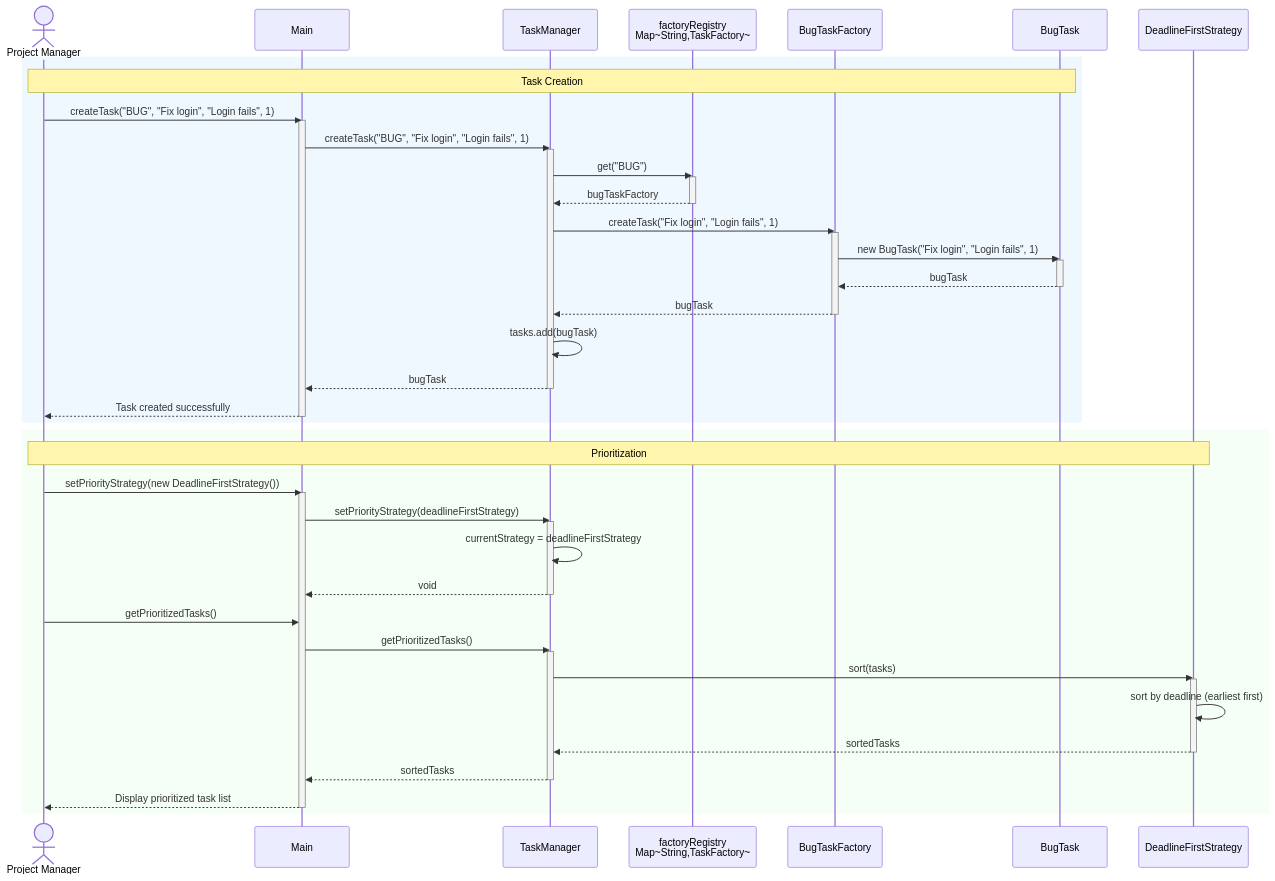
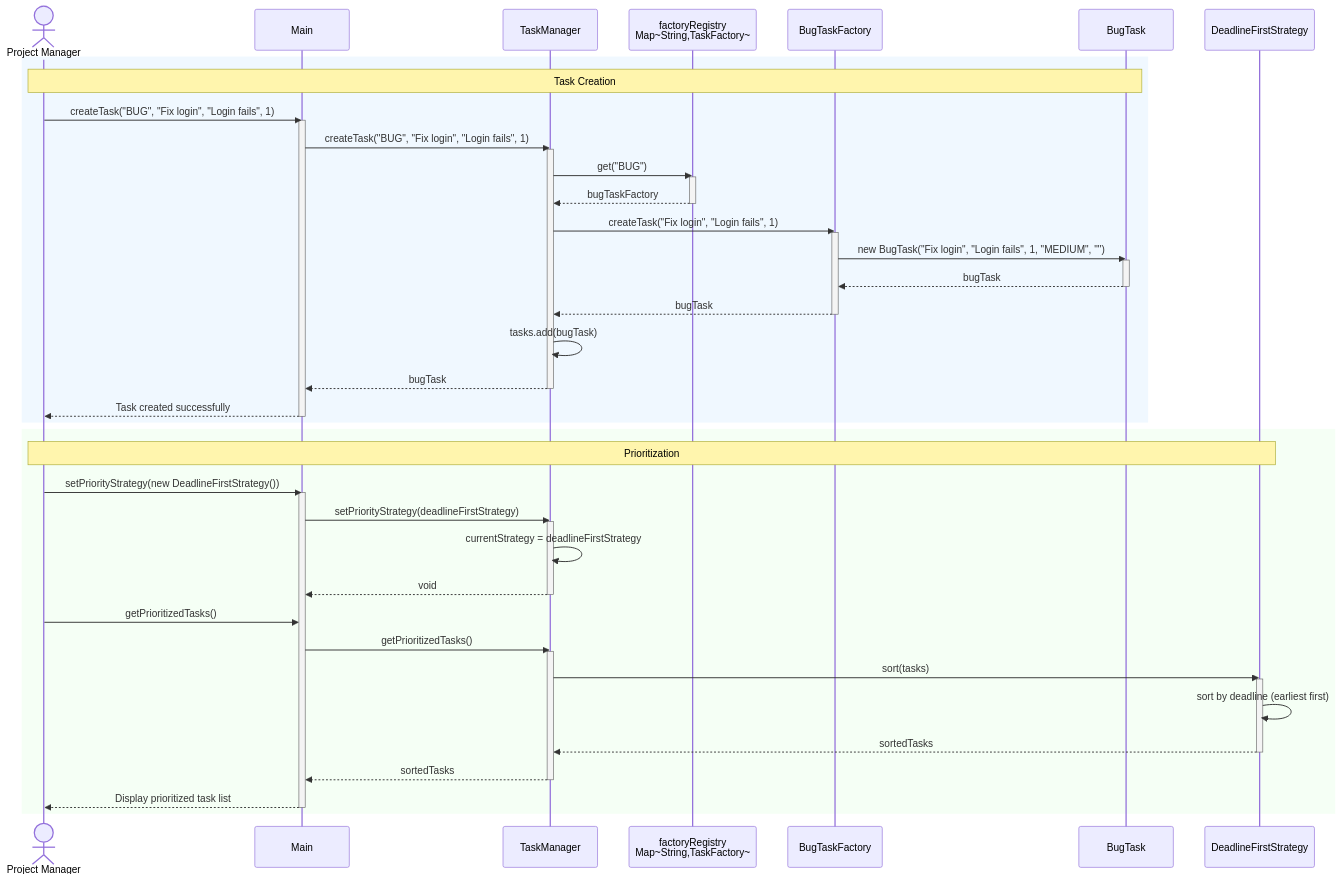
The second of 7 diagrams in docs/report/SEN3006_Task_Management_System_Report.md (Jendawy/software-architecture-project), drawn with Mermaid before and after one commit. The commit also changed 6 other files, not shown here.

First line of the commit message:
Fix documentation accuracy: update all references to 6 test sections, fix sequence diagram parameters

````diff
--- a/docs/report/SEN3006_Task_Management_System_Report.md
+++ b/docs/report/SEN3006_Task_Management_System_Report.md
@@ -328,59 +328,59 @@
 ```mermaid
 sequenceDiagram
     actor PM as Project Manager
     participant Main
     participant TM as TaskManager
     participant Registry as factoryRegistry<br/>Map~String,TaskFactory~
     participant BTF as BugTaskFactory
     participant BT as BugTask
     participant DFS as DeadlineFirstStrategy
 
     rect rgb(240, 248, 255)
         Note over PM, BT: Task Creation
         PM->>Main: createTask("BUG", "Fix login", "Login fails", 1)
         activate Main
         Main->>TM: createTask("BUG", "Fix login", "Login fails", 1)
         activate TM
         TM->>Registry: get("BUG")
         activate Registry
         Registry-->>TM: bugTaskFactory
         deactivate Registry
         TM->>BTF: createTask("Fix login", "Login fails", 1)
         activate BTF
-        BTF->>BT: new BugTask("Fix login", "Login fails", 1)
+        BTF->>BT: new BugTask("Fix login", "Login fails", 1, "MEDIUM", "")
         activate BT
         BT-->>BTF: bugTask
         deactivate BT
         BTF-->>TM: bugTask
         deactivate BTF
         TM->>TM: tasks.add(bugTask)
         TM-->>Main: bugTask
         deactivate TM
         Main-->>PM: Task created successfully
         deactivate Main
     end
 
     rect rgb(245, 255, 245)
         Note over PM, DFS: Prioritization
         PM->>Main: setPriorityStrategy(new DeadlineFirstStrategy())
         activate Main
         Main->>TM: setPriorityStrategy(deadlineFirstStrategy)
         activate TM
         TM->>TM: currentStrategy = deadlineFirstStrategy
         TM-->>Main: void
         deactivate TM
 
         PM->>Main: getPrioritizedTasks()
         Main->>TM: getPrioritizedTasks()
         activate TM
         TM->>DFS: sort(tasks)
         activate DFS
         DFS->>DFS: sort by deadline (earliest first)
         DFS-->>TM: sortedTasks
         deactivate DFS
         TM-->>Main: sortedTasks
         deactivate TM
         Main-->>PM: Display prioritized task list
         deactivate Main
     end
 ```
````
